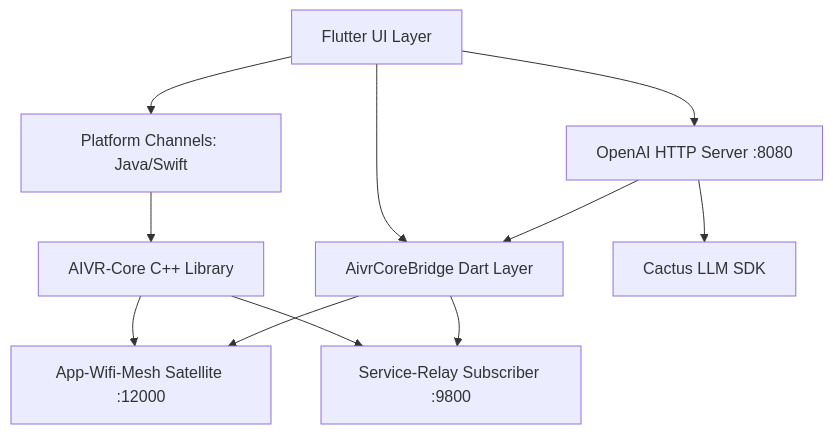
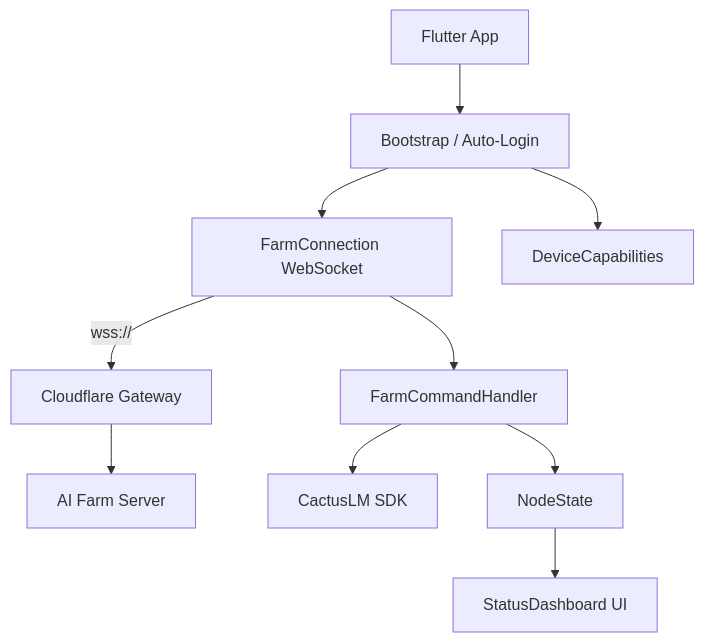
One commit to auditistic/aivr-ai-mobile-host changed the diagram in docs/ARCHITECTURE.md. Above: the diagram before and after it, drawn with Mermaid. The commit also changed other lines of this file and 13 other files, not shown here.

First line of the commit message:
refactor: convert to dedicated AI Farm worker node

````diff
--- a/docs/ARCHITECTURE.md
+++ b/docs/ARCHITECTURE.md
@@ -11,13 +18,12 @@
 ```mermaid
 graph TD
-    Flutter[Flutter UI Layer] --> NativeBridge[Platform Channels: Java/Swift]
-    Flutter --> OpenAI[OpenAI HTTP Server :8080]
-    Flutter --> AivrBridge[AivrCoreBridge Dart Layer]
-    NativeBridge --> Core[AIVR-Core C++ Library]
-    Core --> Mesh[App-Wifi-Mesh Satellite :12000]
-    Core --> Relay[Service-Relay Subscriber :9800]
-    AivrBridge --> Mesh
-    AivrBridge --> Relay
-    OpenAI --> CactusLM[Cactus LLM SDK]
-    OpenAI --> AivrBridge
+    App[Flutter App] --> Boot[Bootstrap / Auto-Login]
+    Boot --> Farm[FarmConnection WebSocket]
+    Boot --> Caps[DeviceCapabilities]
+    Farm -->|wss://| CF[Cloudflare Gateway]
+    CF --> FarmServer[AI Farm Server]
+    Farm --> Handler[FarmCommandHandler]
+    Handler --> Cactus[CactusLM SDK]
+    Handler --> State[NodeState]
+    State --> Dashboard[StatusDashboard UI]
 ```
````
